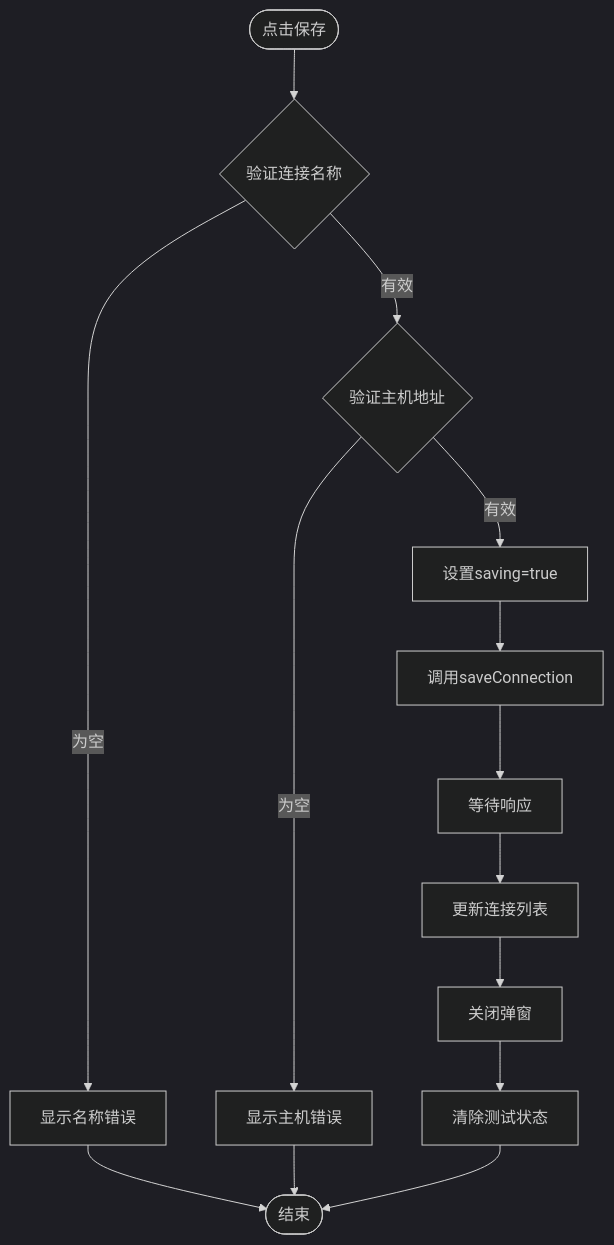
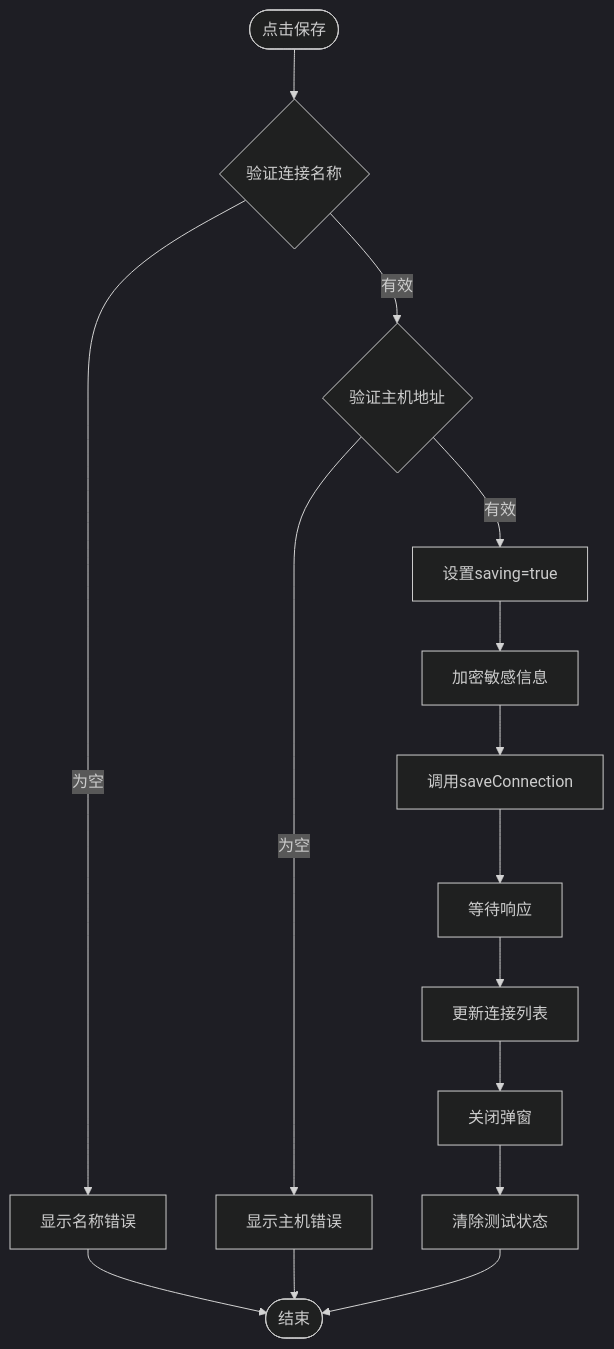
Before and after one commit to wwenbo2048/nexsql: the tenth of 13 diagrams in .qoder/repowiki/zh/content/架构设计/组件系统架构/工具组件/连接弹窗组件.md, drawn with Mermaid (dark theme). The commit also changed other lines of this file and 19 other files, not shown here.

````diff
--- a/.qoder/repowiki/zh/content/架构设计/组件系统架构/工具组件/连接弹窗组件.md
+++ b/.qoder/repowiki/zh/content/架构设计/组件系统架构/工具组件/连接弹窗组件.md
@@ -351,16 +456,17 @@
 ```mermaid
 flowchart TD
 Start([点击保存]) --> ValidateName{"验证连接名称"}
 ValidateName --> |为空| ShowNameError[显示名称错误]
 ValidateName --> |有效| ValidateHost{"验证主机地址"}
 ValidateHost --> |为空| ShowHostError[显示主机错误]
 ValidateHost --> |有效| SetSaving[设置saving=true]
 ShowNameError --> End([结束])
 ShowHostError --> End
-SetSaving --> CallSave[调用saveConnection]
+SetSaving --> EncryptPasswords[加密敏感信息]
+EncryptPasswords --> CallSave[调用saveConnection]
 CallSave --> WaitResponse[等待响应]
 WaitResponse --> UpdateConnections[更新连接列表]
 UpdateConnections --> CloseModal[关闭弹窗]
 CloseModal --> ClearStates[清除测试状态]
 ClearStates --> End
 ```
````
